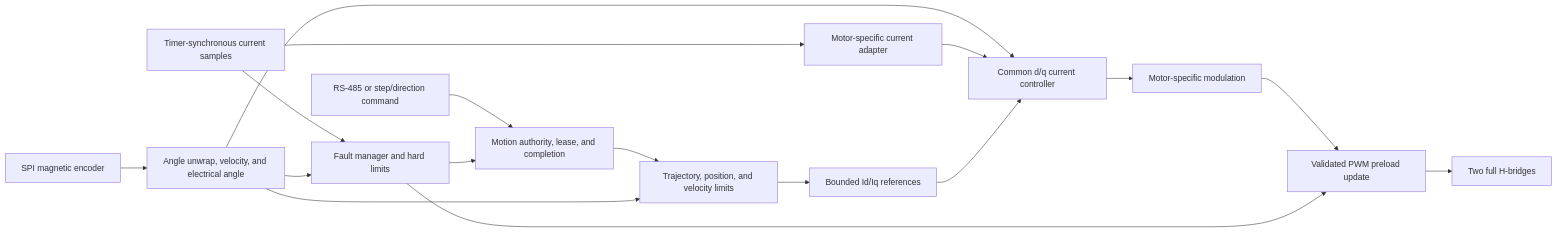
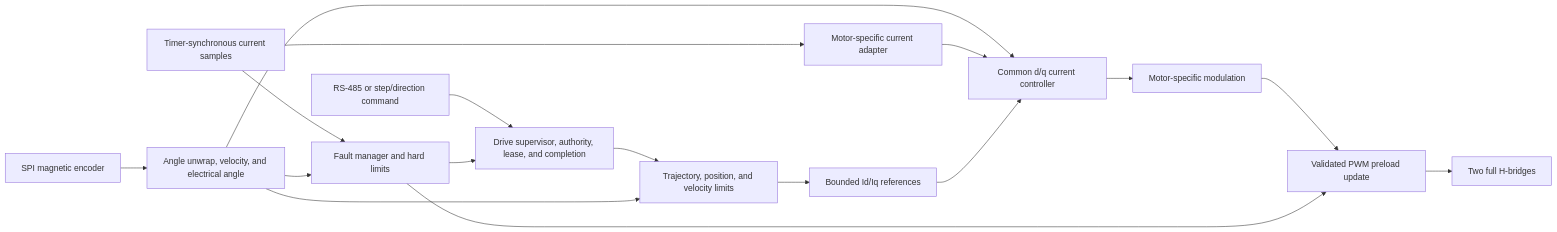
One commit to earlynerd/SERVO57D-firmware changed the diagram in docs/ARCHITECTURE.md. Above: the diagram before and after it, drawn with Mermaid. The commit also changed other lines of this file and 28 other files, not shown here.

Commit message:
drive supervisor

````diff
--- a/docs/ARCHITECTURE.md
+++ b/docs/ARCHITECTURE.md
@@ -120,19 +125,19 @@
 ```mermaid
 flowchart LR
-    CMD["RS-485 or step/direction command"] --> AUTH["Motion authority, lease, and completion"]
+    CMD["RS-485 or step/direction command"] --> AUTH["Drive supervisor, authority, lease, and completion"]
     AUTH --> MOTION["Trajectory, position, and velocity limits"]
     ENC["SPI magnetic encoder"] --> EST["Angle unwrap, velocity, and electrical angle"]
     EST --> MOTION
     EST --> CURRENT
     MOTION --> IQ["Bounded Id/Iq references"]
     ADC["Timer-synchronous current samples"] --> ADAPT["Motor-specific current adapter"]
     ADAPT --> CURRENT["Common d/q current controller"]
     IQ --> CURRENT
     CURRENT --> MOD["Motor-specific modulation"]
     MOD --> PWM["Validated PWM preload update"]
     PWM --> BRIDGE["Two full H-bridges"]
     SAFE["Fault manager and hard limits"] --> PWM
     SAFE --> AUTH
     ADC --> SAFE
     EST --> SAFE
 ```
````
